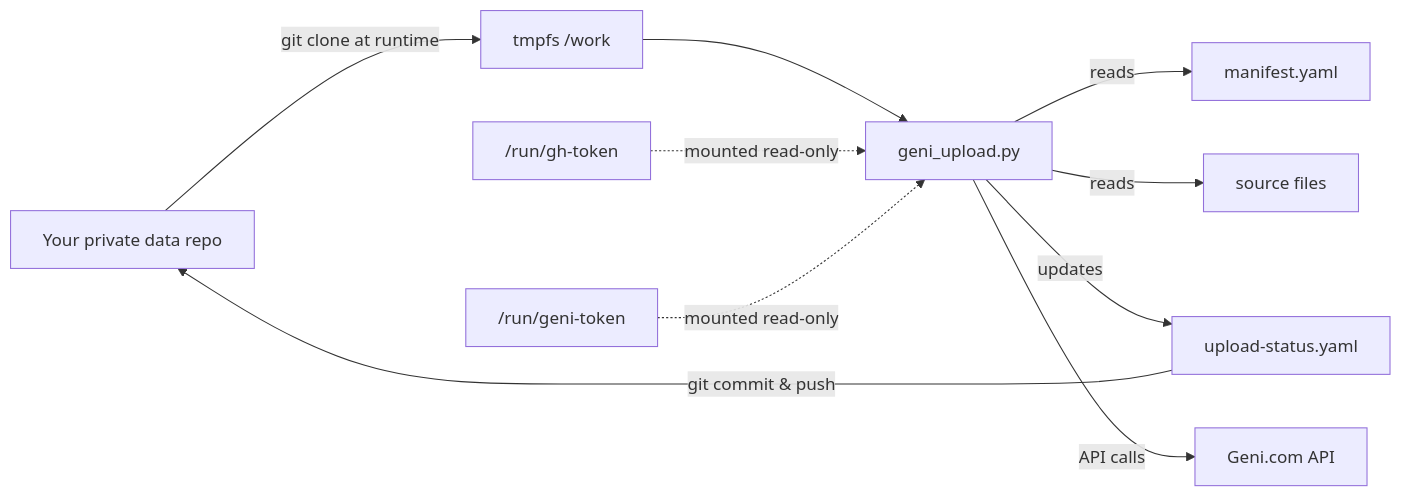
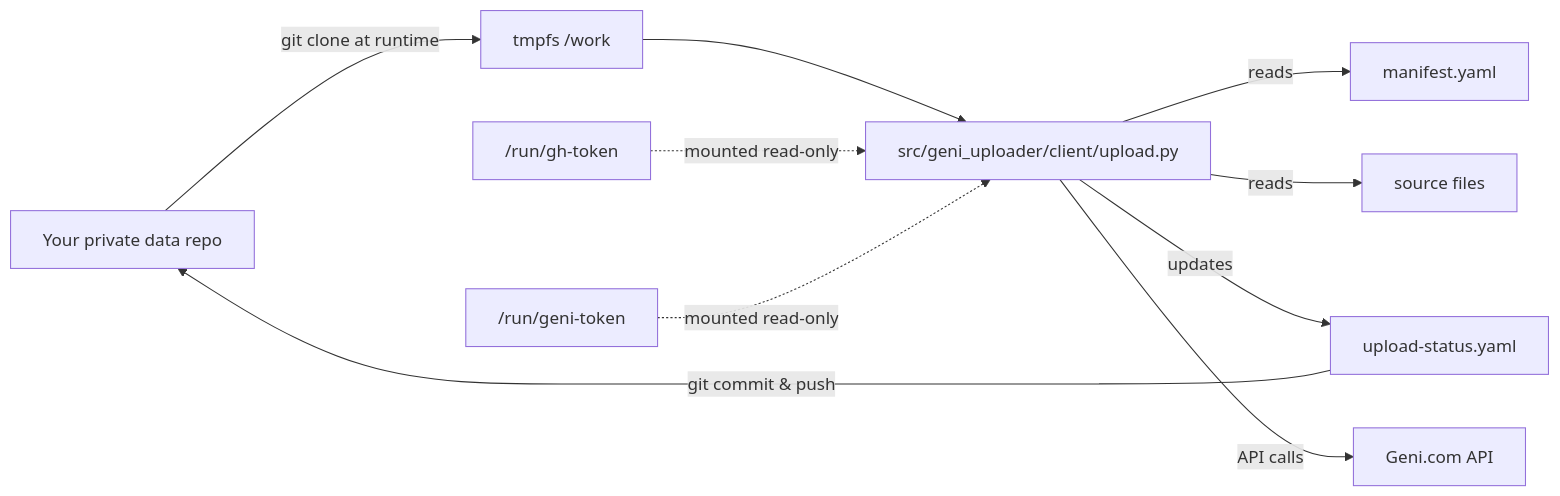
The diagram in README.md (reihlinstinct/geni-uploader), drawn with Mermaid before and after one commit. The commit also changed other lines of this file and 184 other files, not shown here.

````diff
--- a/README.md
+++ b/README.md
@@ -13,12 +13,12 @@
 ```mermaid
 flowchart LR
     A["Your private data repo"] -->|"git clone at runtime"| B["tmpfs /work"]
-    B --> C["geni_upload.py"]
+    B --> C["src/geni_uploader/client/upload.py"]
     C -->|"reads"| D["manifest.yaml"]
     C -->|"reads"| E["source files"]
     C -->|"updates"| F["upload-status.yaml"]
     C -->|"API calls"| G["Geni.com API"]
     F -->|"git commit & push"| A
     H["/run/gh-token"] -.->|"mounted read-only"| C
     I["/run/geni-token"] -.->|"mounted read-only"| C
 ```
````
